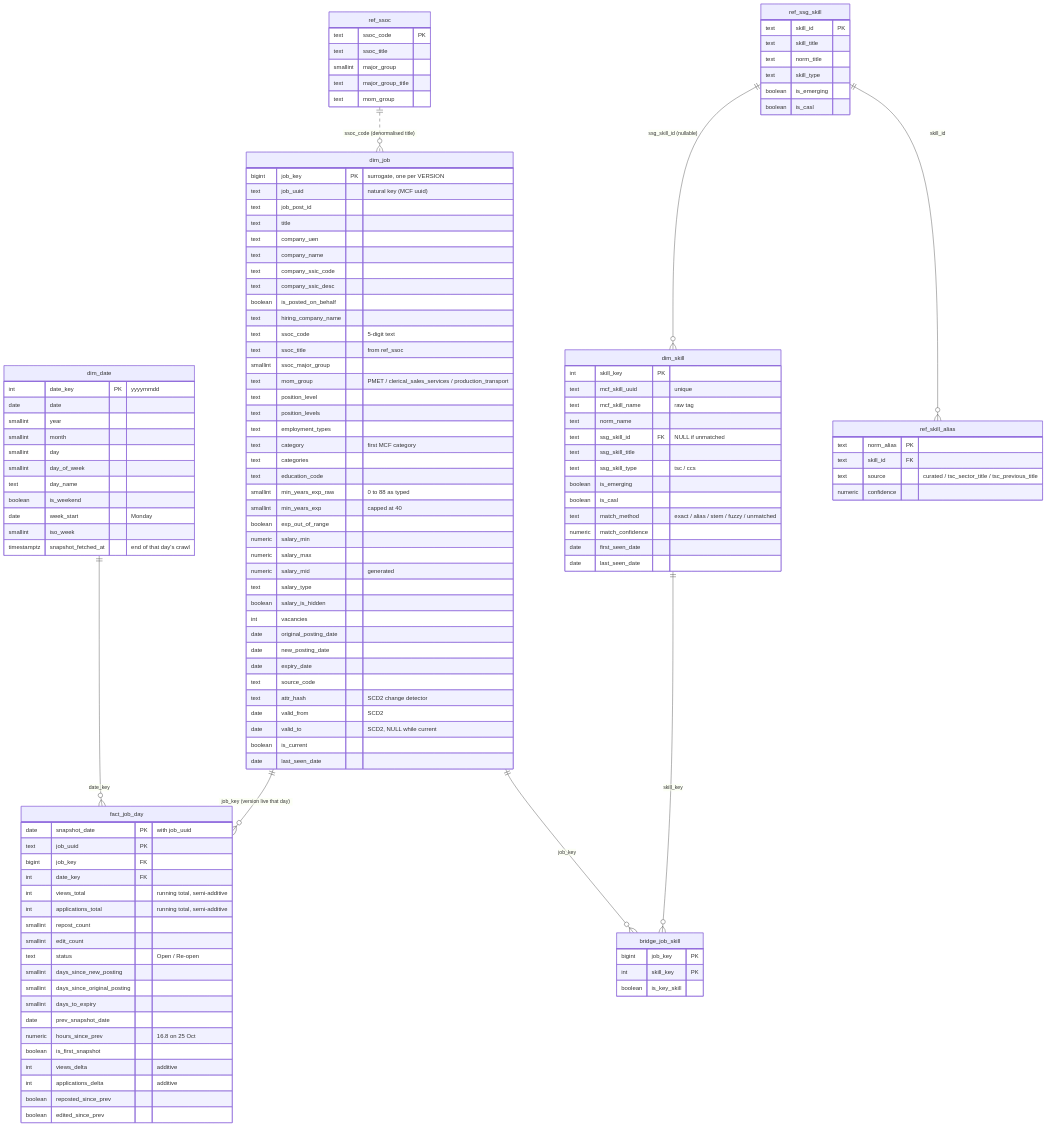
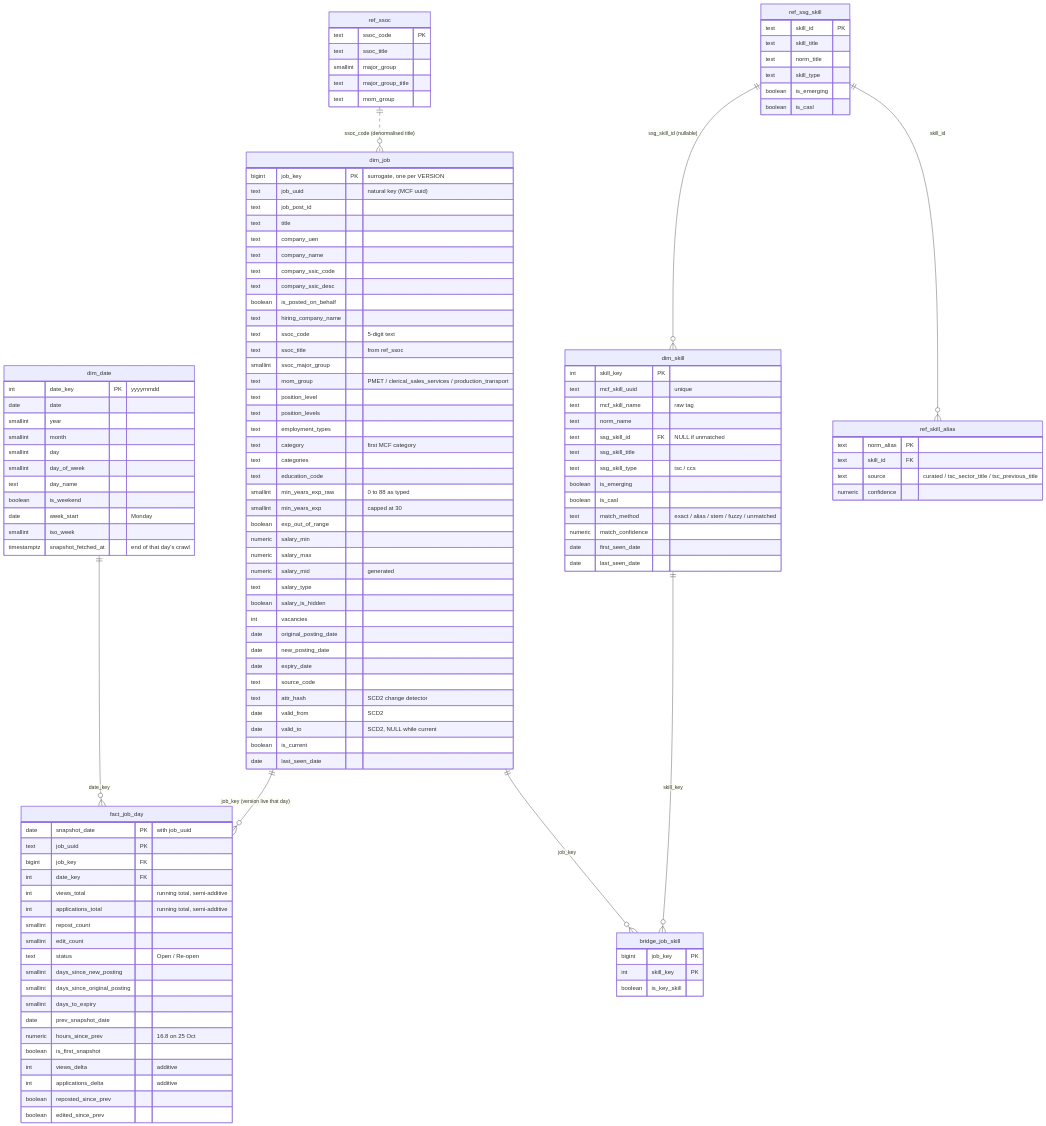
One commit to tarshalim/is3107-hiring-signals changed the diagram in docs/er-diagram.md. Above: the diagram before and after it, drawn with Mermaid. The commit also changed 9 other files, not shown here.

```diff
--- a/docs/er-diagram.md
+++ b/docs/er-diagram.md
@@ -57,7 +57,7 @@
         text     categories
         text     education_code
         smallint min_years_exp_raw "0 to 88 as typed"
-        smallint min_years_exp "capped at 40"
+        smallint min_years_exp "capped at 30"
         boolean  exp_out_of_range
         numeric  salary_min
         numeric  salary_max
```
